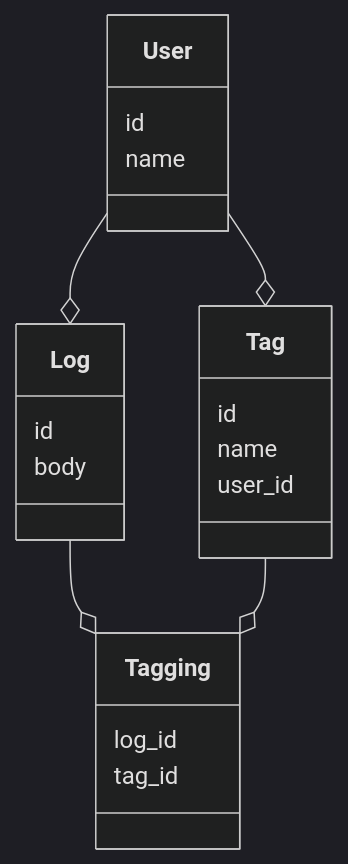
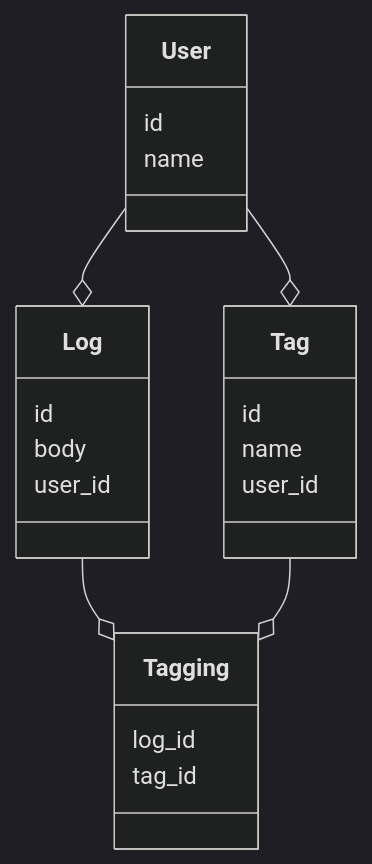
The diagram in README.md (bjhess/logbook), drawn with Mermaid (dark theme) before and after one commit.

Commit message:
One more diagram tweak.

````diff
--- a/README.md
+++ b/README.md
@@ -35,25 +35,26 @@
 ```mermaid
 classDiagram
 class User {
     id
     name
 }
 class Log {
     id
     body
+    user_id
 }
 class Tag {
     id
     name
     user_id
 }
 class Tagging {
     log_id
     tag_id
 }
 
 User --o Log
 User --o Tag
 Log --o Tagging
 Tag --o Tagging
 ```
````
